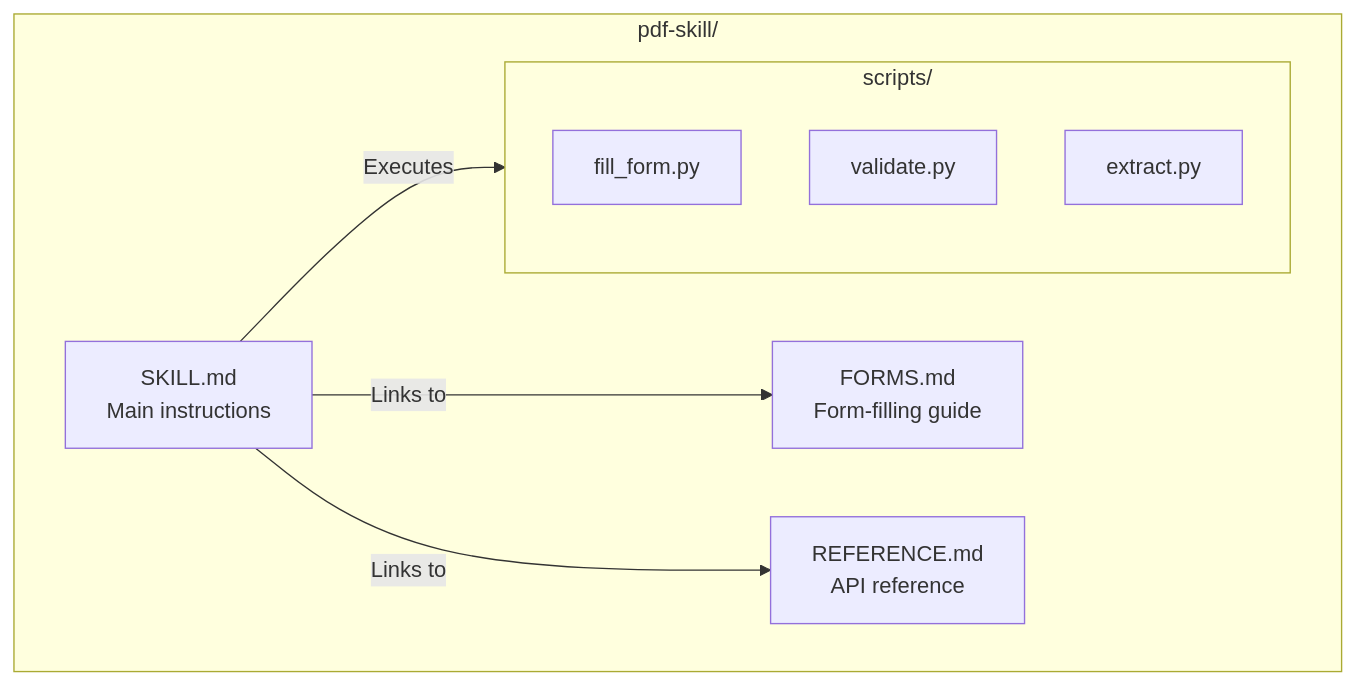
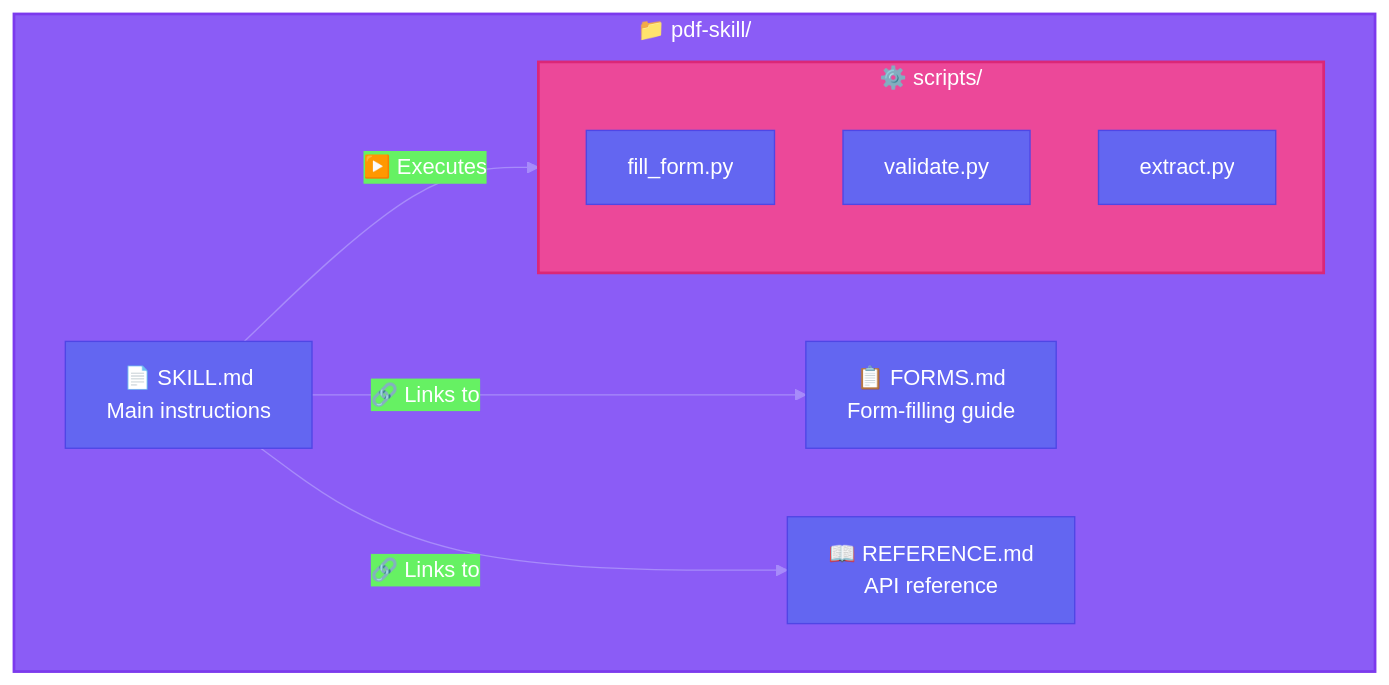
One commit to ThibautMelen/agentic-ai-systems changed the second of 3 diagrams in patterns/02-progressive-skills.md. Above: the diagram before and after it, drawn with Mermaid. The commit also changed other lines of this file and 7 other files, not shown here.

First line of the commit message:
style(diagrams): add vibrant colors to all Mermaid diagrams

````diff
--- a/patterns/02-progressive-skills.md
+++ b/patterns/02-progressive-skills.md
@@ -48,18 +53,22 @@
 ```mermaid
+%%{init: {'theme': 'base', 'themeVariables': { 'primaryColor': '#6366f1', 'primaryTextColor': '#ffffff', 'primaryBorderColor': '#4f46e5', 'lineColor': '#a78bfa'}}}%%
 graph TD
-    subgraph SkillDir["pdf-skill/"]
-        SM[SKILL.md<br/>Main instructions]
-        FM[FORMS.md<br/>Form-filling guide]
-        RM[REFERENCE.md<br/>API reference]
+    subgraph SkillDir["📁 pdf-skill/"]
+        SM[📄 SKILL.md<br/>Main instructions]
+        FM[📋 FORMS.md<br/>Form-filling guide]
+        RM[📖 REFERENCE.md<br/>API reference]
 
-        subgraph Scripts["scripts/"]
+        subgraph Scripts["⚙️ scripts/"]
             S1[fill_form.py]
             S2[validate.py]
             S3[extract.py]
         end
     end
 
-    SM -->|Links to| FM
-    SM -->|Links to| RM
-    SM -->|Executes| Scripts
+    SM -->|🔗 Links to| FM
+    SM -->|🔗 Links to| RM
+    SM -->|▶️ Executes| Scripts
+
+    style SkillDir fill:#8b5cf6,stroke:#7c3aed,stroke-width:2px,color:#ffffff
+    style Scripts fill:#ec4899,stroke:#db2777,stroke-width:2px,color:#ffffff
 ```
````
